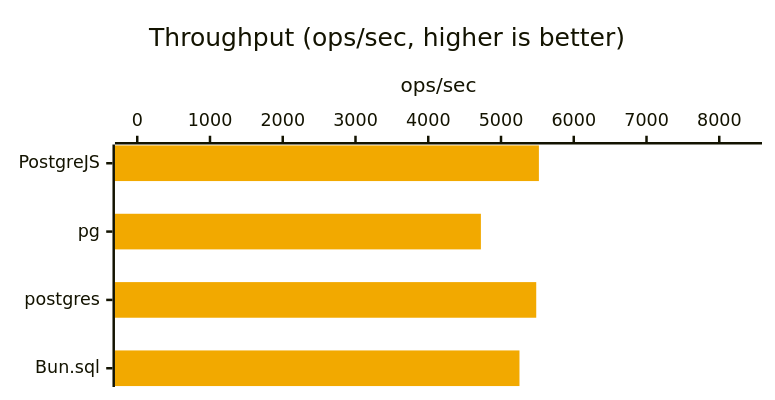
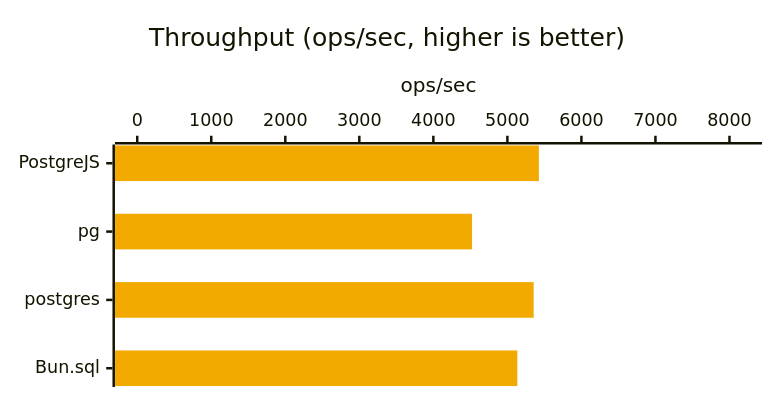
One commit to panates/postgrejs-doc changed diagram 14 of 56 in docs/getting-started/benchmarks-bun.md. Above: the diagram before and after it, drawn with Mermaid. The commit also changed other lines of this file and 24 other files, not shown here.

````diff
--- a/docs/getting-started/benchmarks-bun.md
+++ b/docs/getting-started/benchmarks-bun.md
@@ -393,8 +393,8 @@
 ```mermaid
 %%{init: {'xyChart': {'width': 600, 'height': 300, 'chartOrientation': 'horizontal'}, 'themeVariables': {'xyChart': {'plotColorPalette': '#f2a900'}}}}%%
 xychart-beta
     title "Throughput (ops/sec, higher is better)"
     x-axis ["PostgreJS", "pg", "postgres", "Bun.sql"]
-    y-axis "ops/sec" 0.0000 --> 8281.2750
-    bar [5520.8500, 4723.6868, 5484.2570, 5253.8085]
+    y-axis "ops/sec" 0.0000 --> 8138.4618
+    bar [5425.6412, 4522.9704, 5354.8003, 5134.1913]
 ```
````
